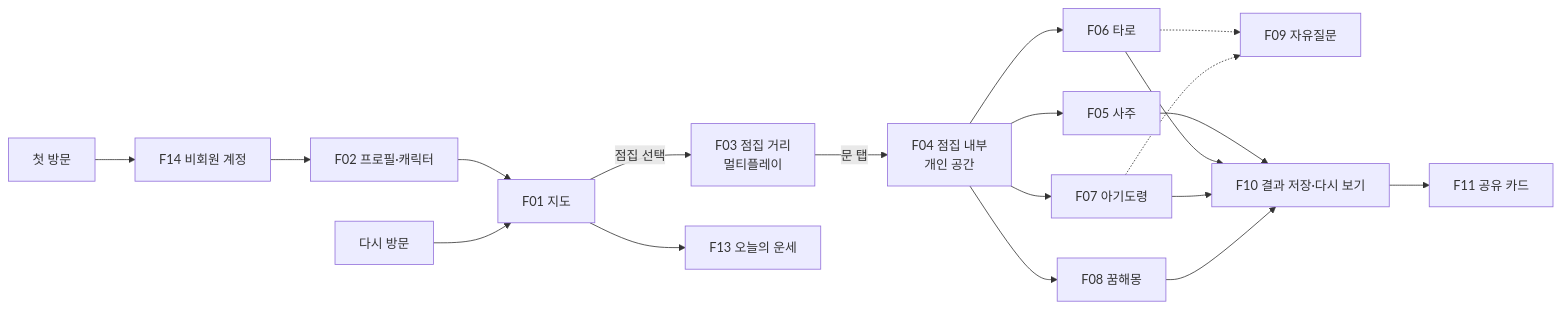
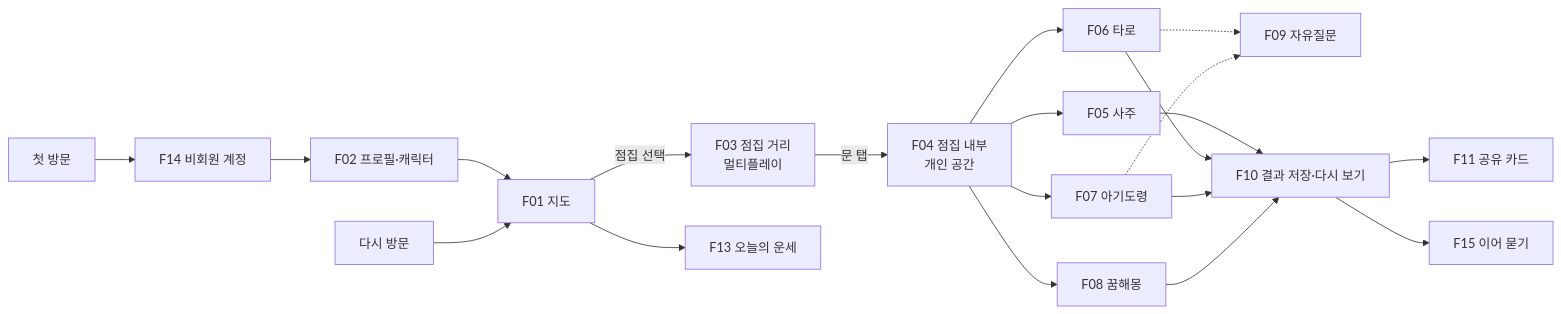
The diagram in docs/features/README.md (kimdoogi/fortune), drawn with Mermaid before and after one commit. The commit also changed other lines of this file and 33 other files, not shown here.

````diff
--- a/docs/features/README.md
+++ b/docs/features/README.md
@@ -7,19 +7,20 @@
 ```mermaid
 flowchart LR
   A[첫 방문] --> S[F14 비회원 계정] --> P[F02 프로필·캐릭터] --> M[F01 지도]
   R[다시 방문] --> M
   M -->|점집 선택| V[F03 점집 거리<br/>멀티플레이]
   V -->|문 탭| I[F04 점집 내부<br/>개인 공간]
   I --> SJ[F05 사주]
   I --> T[F06 타로]
   I --> D[F07 아기도령]
   I --> DR[F08 꿈해몽]
   T -.-> Q[F09 자유질문]
   D -.-> Q
   SJ --> H[F10 결과 저장·다시 보기]
   T --> H
   D --> H
   DR --> H
   H --> SH[F11 공유 카드]
+  H --> FU[F15 이어 묻기]
   M --> DY[F13 오늘의 운세]
 ```
````
